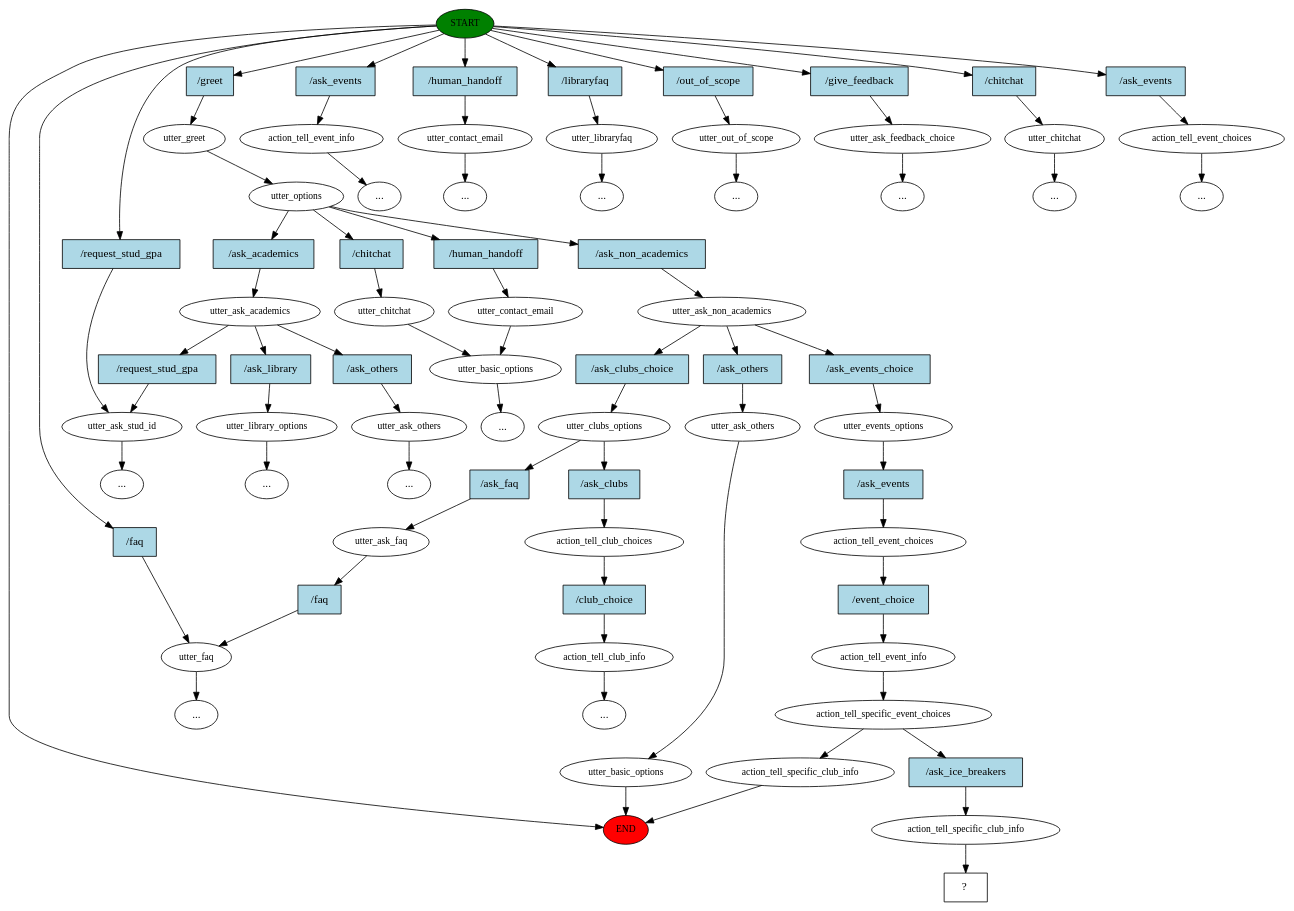
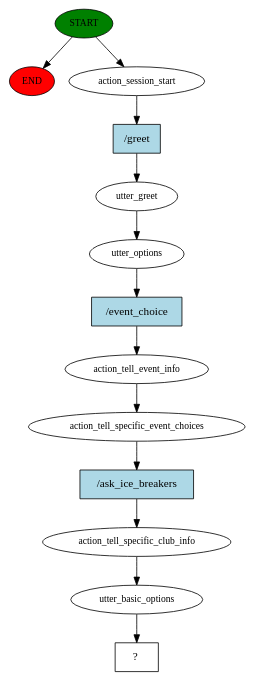
The diagram in story_graph.dot (anuragkj/BPDC_Chatbot), drawn with Graphviz before and after one commit. The commit also changed 2 other files, not shown here.

```diff
--- a/story_graph.dot
+++ b/story_graph.dot
@@ -1,152 +1,27 @@
 digraph  {
 0 [class="start active", fillcolor=green, fontsize=12, label=START, style=filled];
 "-1" [class=end, fillcolor=red, fontsize=12, label=END, style=filled];
-1 [class="", fontsize=12, label=action_tell_event_info];
-"-3" [class=ellipsis, label="..."];
-2 [class="", fontsize=12, label=utter_faq];
-3 [class="", fontsize=12, label=utter_contact_email];
-"-5" [class=ellipsis, label="..."];
-4 [class=active, fontsize=12, label=utter_greet];
-5 [class=active, fontsize=12, label=utter_options];
-6 [class="", fontsize=12, label=utter_contact_email];
-7 [class="", fontsize=12, label=utter_basic_options];
-8 [class="", fontsize=12, label=utter_libraryfaq];
-"-7" [class=ellipsis, label="..."];
-9 [class="", fontsize=12, label=utter_out_of_scope];
-"-8" [class=ellipsis, label="..."];
-10 [class="", fontsize=12, label=utter_ask_stud_id];
-13 [class="", fontsize=12, label=utter_ask_feedback_choice];
-"-12" [class=ellipsis, label="..."];
-16 [class="", fontsize=12, label=utter_ask_academics];
-"-13" [class=ellipsis, label="..."];
-21 [class="", fontsize=12, label=utter_library_options];
-"-14" [class=ellipsis, label="..."];
-25 [class="", fontsize=12, label=utter_ask_others];
-"-15" [class=ellipsis, label="..."];
-28 [class=active, fontsize=12, label=utter_ask_non_academics];
-29 [class="", fontsize=12, label=utter_ask_others];
-30 [class="", fontsize=12, label=utter_basic_options];
-34 [class=active, fontsize=12, label=utter_events_options];
-35 [class=active, fontsize=12, label=action_tell_event_choices];
-36 [class=active, fontsize=12, label=action_tell_event_info];
-37 [class=active, fontsize=12, label=action_tell_specific_event_choices];
-38 [class="", fontsize=12, label=action_tell_specific_club_info];
-42 [class="", fontsize=12, label=utter_clubs_options];
-43 [class="", fontsize=12, label=action_tell_club_choices];
-44 [class="", fontsize=12, label=action_tell_club_info];
-"-16" [class=ellipsis, label="..."];
-49 [class="", fontsize=12, label=utter_ask_faq];
-"-17" [class=ellipsis, label="..."];
-51 [class="", fontsize=12, label=utter_chitchat];
-"-18" [class=ellipsis, label="..."];
-54 [class="", fontsize=12, label=utter_chitchat];
-"-20" [class=ellipsis, label="..."];
-60 [class="", fontsize=12, label=action_tell_event_choices];
-"-21" [class=ellipsis, label="..."];
-68 [class=active, fontsize=12, label=action_tell_specific_club_info];
-69 [class="intent dashed active", label="  ?  ", shape=rect];
-70 [class=intent, fillcolor=lightblue, label="/ask_events", shape=rect, style=filled];
-71 [class=intent, fillcolor=lightblue, label="/faq", shape=rect, style=filled];
-72 [class=intent, fillcolor=lightblue, label="/human_handoff", shape=rect, style=filled];
-73 [class="intent active", fillcolor=lightblue, label="/greet", shape=rect, style=filled];
-74 [class=intent, fillcolor=lightblue, label="/libraryfaq", shape=rect, style=filled];
-75 [class=intent, fillcolor=lightblue, label="/out_of_scope", shape=rect, style=filled];
-76 [class=intent, fillcolor=lightblue, label="/request_stud_gpa", shape=rect, style=filled];
-77 [class=intent, fillcolor=lightblue, label="/give_feedback", shape=rect, style=filled];
-78 [class=intent, fillcolor=lightblue, label="/chitchat", shape=rect, style=filled];
-79 [class=intent, fillcolor=lightblue, label="/ask_events", shape=rect, style=filled];
-80 [class=intent, fillcolor=lightblue, label="/human_handoff", shape=rect, style=filled];
-81 [class=intent, fillcolor=lightblue, label="/ask_academics", shape=rect, style=filled];
-82 [class="intent active", fillcolor=lightblue, label="/ask_non_academics", shape=rect, style=filled];
-83 [class=intent, fillcolor=lightblue, label="/chitchat", shape=rect, style=filled];
-84 [class=intent, fillcolor=lightblue, label="/request_stud_gpa", shape=rect, style=filled];
-85 [class=intent, fillcolor=lightblue, label="/ask_library", shape=rect, style=filled];
-86 [class=intent, fillcolor=lightblue, label="/ask_others", shape=rect, style=filled];
-87 [class=intent, fillcolor=lightblue, label="/ask_others", shape=rect, style=filled];
-88 [class="intent active", fillcolor=lightblue, label="/ask_events_choice", shape=rect, style=filled];
-89 [class=intent, fillcolor=lightblue, label="/ask_clubs_choice", shape=rect, style=filled];
-90 [class="intent active", fillcolor=lightblue, label="/ask_events", shape=rect, style=filled];
-91 [class="intent active", fillcolor=lightblue, label="/event_choice", shape=rect, style=filled];
-92 [class="intent active", fillcolor=lightblue, label="/ask_ice_breakers", shape=rect, style=filled];
-93 [class=intent, fillcolor=lightblue, label="/ask_clubs", shape=rect, style=filled];
-94 [class=intent, fillcolor=lightblue, label="/ask_faq", shape=rect, style=filled];
-95 [class=intent, fillcolor=lightblue, label="/club_choice", shape=rect, style=filled];
-96 [class=intent, fillcolor=lightblue, label="/faq", shape=rect, style=filled];
+1 [class=active, fontsize=12, label=action_session_start];
+2 [class=active, fontsize=12, label=utter_greet];
+3 [class=active, fontsize=12, label=utter_options];
+4 [class=active, fontsize=12, label=action_tell_event_info];
+5 [class=active, fontsize=12, label=action_tell_specific_event_choices];
+6 [class=active, fontsize=12, label=action_tell_specific_club_info];
+7 [class=active, fontsize=12, label=utter_basic_options];
+8 [class="intent dashed active", label="  ?  ", shape=rect];
+9 [class="intent active", fillcolor=lightblue, label="/greet", shape=rect, style=filled];
+10 [class="intent active", fillcolor=lightblue, label="/event_choice", shape=rect, style=filled];
+11 [class="intent active", fillcolor=lightblue, label="/ask_ice_breakers", shape=rect, style=filled];
 0 -> "-1"  [class="", key=NONE, label=""];
-0 -> 70  [class="", key=0];
-0 -> 71  [class="", key=0];
-0 -> 72  [class="", key=0];
-0 -> 73  [class=active, key=0];
-0 -> 74  [class="", key=0];
-0 -> 75  [class="", key=0];
-0 -> 76  [class="", key=0];
-0 -> 77  [class="", key=0];
-0 -> 78  [class="", key=0];
-0 -> 79  [class="", key=0];
-1 -> "-3"  [class="", key=NONE, label=""];
-2 -> "-17"  [class="", key=NONE, label=""];
-3 -> "-5"  [class="", key=NONE, label=""];
+0 -> 1  [class=active, key=NONE, label=""];
+1 -> 9  [class=active, key=0];
+2 -> 3  [class=active, key=NONE, label=""];
+3 -> 10  [class=active, key=0];
 4 -> 5  [class=active, key=NONE, label=""];
-5 -> 80  [class="", key=0];
-5 -> 81  [class="", key=0];
-5 -> 82  [class=active, key=0];
-5 -> 83  [class="", key=0];
-6 -> 7  [class="", key=NONE, label=""];
-7 -> "-20"  [class="", key=NONE, label=""];
-8 -> "-7"  [class="", key=NONE, label=""];
-9 -> "-8"  [class="", key=NONE, label=""];
-10 -> "-13"  [class="", key=NONE, label=""];
-13 -> "-12"  [class="", key=NONE, label=""];
-16 -> 84  [class="", key=0];
-16 -> 85  [class="", key=0];
-16 -> 86  [class="", key=0];
-21 -> "-14"  [class="", key=NONE, label=""];
-25 -> "-15"  [class="", key=NONE, label=""];
-28 -> 87  [class="", key=0];
-28 -> 88  [class=active, key=0];
-28 -> 89  [class="", key=0];
-29 -> 30  [class="", key=NONE, label=""];
-30 -> "-1"  [class="", key=NONE, label=""];
-34 -> 90  [class=active, key=0];
-35 -> 91  [class=active, key=0];
-36 -> 37  [class=active, key=NONE, label=""];
-37 -> 38  [class="", key=NONE, label=""];
-37 -> 92  [class=active, key=0];
-38 -> "-1"  [class="", key=NONE, label=""];
-42 -> 93  [class="", key=0];
-42 -> 94  [class="", key=0];
-43 -> 95  [class="", key=0];
-44 -> "-16"  [class="", key=NONE, label=""];
-49 -> 96  [class="", key=0];
-51 -> "-18"  [class="", key=NONE, label=""];
-54 -> 7  [class="", key=NONE, label=""];
-60 -> "-21"  [class="", key=NONE, label=""];
-68 -> 69  [class=active, key=NONE, label=""];
-70 -> 1  [class="", key=0];
-71 -> 2  [class="", key=0];
-72 -> 3  [class="", key=0];
-73 -> 4  [class=active, key=0];
-74 -> 8  [class="", key=0];
-75 -> 9  [class="", key=0];
-76 -> 10  [class="", key=0];
-77 -> 13  [class="", key=0];
-78 -> 51  [class="", key=0];
-79 -> 60  [class="", key=0];
-80 -> 6  [class="", key=0];
-81 -> 16  [class="", key=0];
-82 -> 28  [class=active, key=0];
-83 -> 54  [class="", key=0];
-84 -> 10  [class="", key=0];
-85 -> 21  [class="", key=0];
-86 -> 25  [class="", key=0];
-87 -> 29  [class="", key=0];
-88 -> 34  [class=active, key=0];
-89 -> 42  [class="", key=0];
-90 -> 35  [class=active, key=0];
-91 -> 36  [class=active, key=0];
-92 -> 68  [class=active, key=0];
-93 -> 43  [class="", key=0];
-94 -> 49  [class="", key=0];
-95 -> 44  [class="", key=0];
-96 -> 2  [class="", key=0];
+5 -> 11  [class=active, key=0];
+6 -> 7  [class=active, key=NONE, label=""];
+7 -> 8  [class=active, key=NONE, label=""];
+9 -> 2  [class=active, key=0];
+10 -> 4  [class=active, key=0];
+11 -> 6  [class=active, key=0];
 }
```
